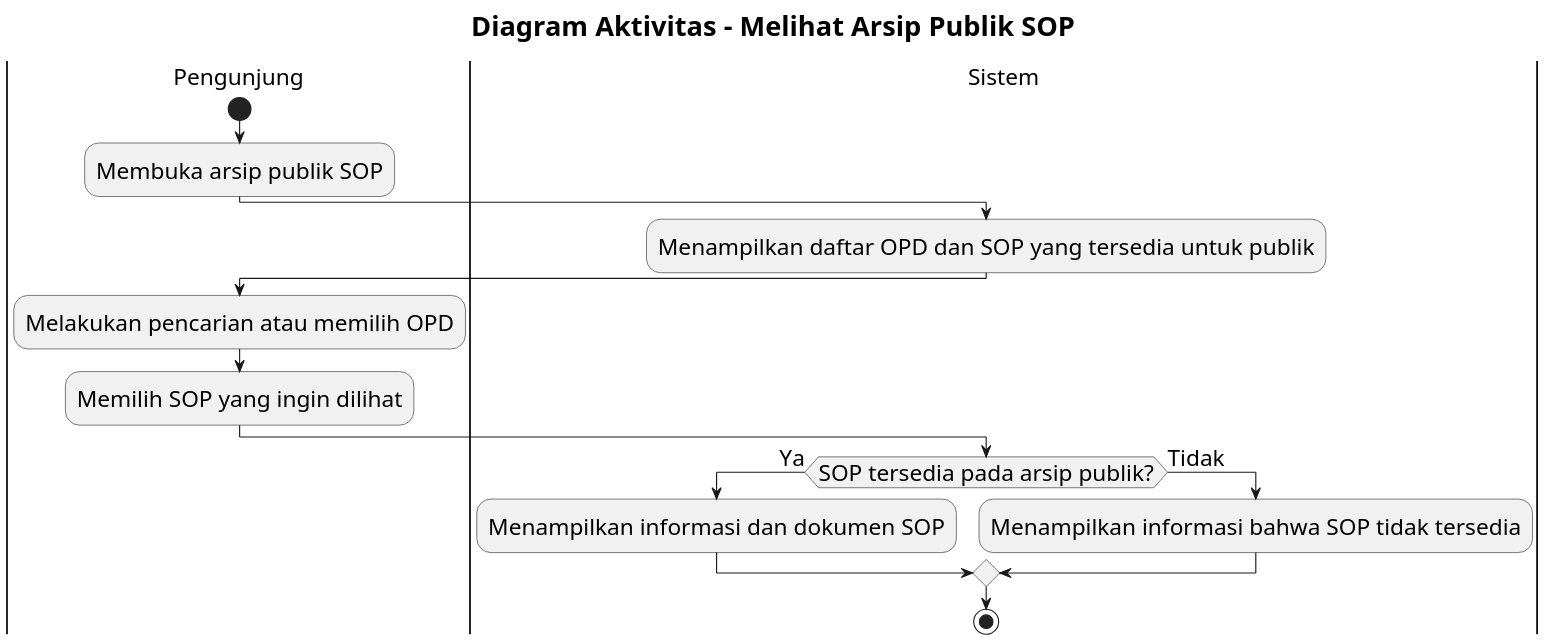
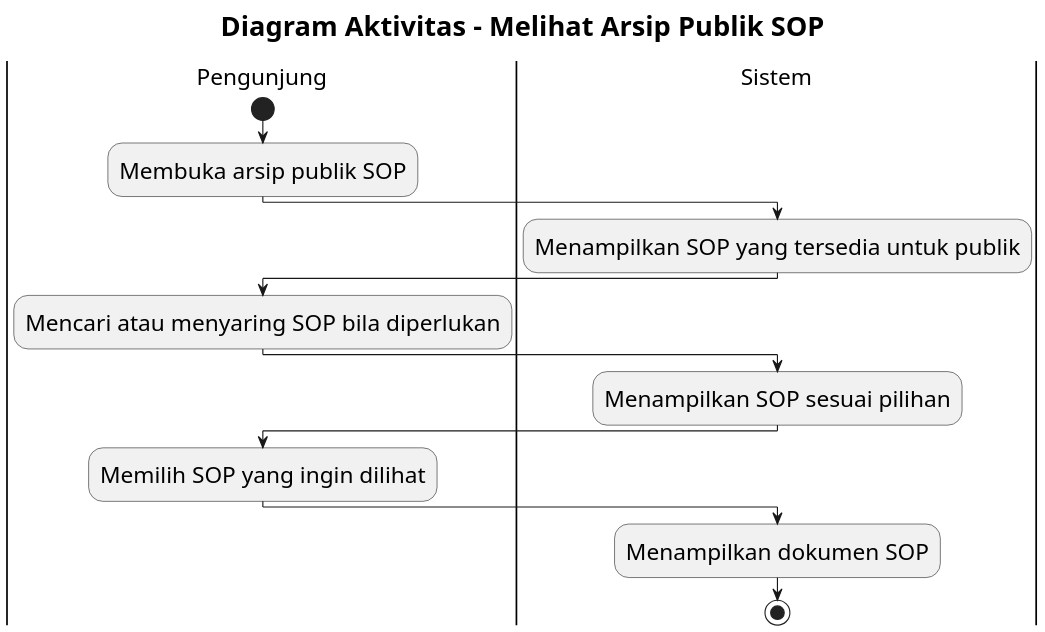
One commit to howlil/sop-generate-app changed the diagram in docs/activity-diagram/lampiran/pengunjung-melihat-arsip-publik-sop.md. Above: the diagram before and after it, drawn with PlantUML. The commit also changed other lines of this file and 20 other files, not shown here.

Commit message:
docs(activity): simplify flows to business-level design

````diff
--- a/docs/activity-diagram/lampiran/pengunjung-melihat-arsip-publik-sop.md
+++ b/docs/activity-diagram/lampiran/pengunjung-melihat-arsip-publik-sop.md
@@ -16,30 +16,31 @@
 ```plantuml
 @startuml
 skinparam defaultFontSize 20
 skinparam titleFontSize 24
 skinparam dpi 160
 
 title Diagram Aktivitas - Melihat Arsip Publik SOP
 
 |Pengunjung|
 start
 :Membuka arsip publik SOP;
 
 |Sistem|
-:Menampilkan daftar OPD dan SOP yang tersedia untuk publik;
+:Menampilkan SOP yang tersedia untuk publik;
 
 |Pengunjung|
-:Melakukan pencarian atau memilih OPD;
+:Mencari atau menyaring SOP bila diperlukan;
+
+|Sistem|
+:Menampilkan SOP sesuai pilihan;
+
+|Pengunjung|
 :Memilih SOP yang ingin dilihat;
 
 |Sistem|
-if (SOP tersedia pada arsip publik?) then (Ya)
-  :Menampilkan informasi dan dokumen SOP;
-else (Tidak)
-  :Menampilkan informasi bahwa SOP tidak tersedia;
-endif
+:Menampilkan dokumen SOP;
 
 stop
 
 @enduml
 ```
````
